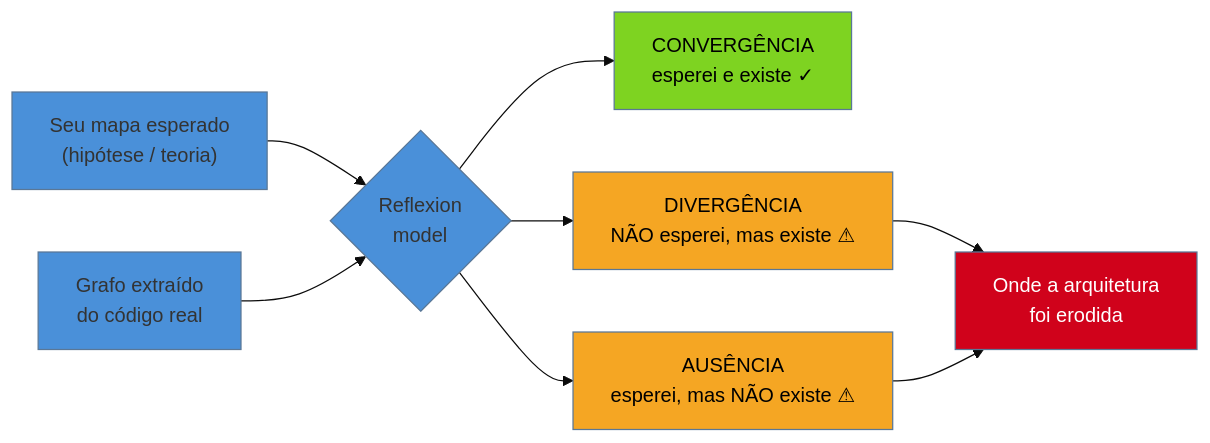
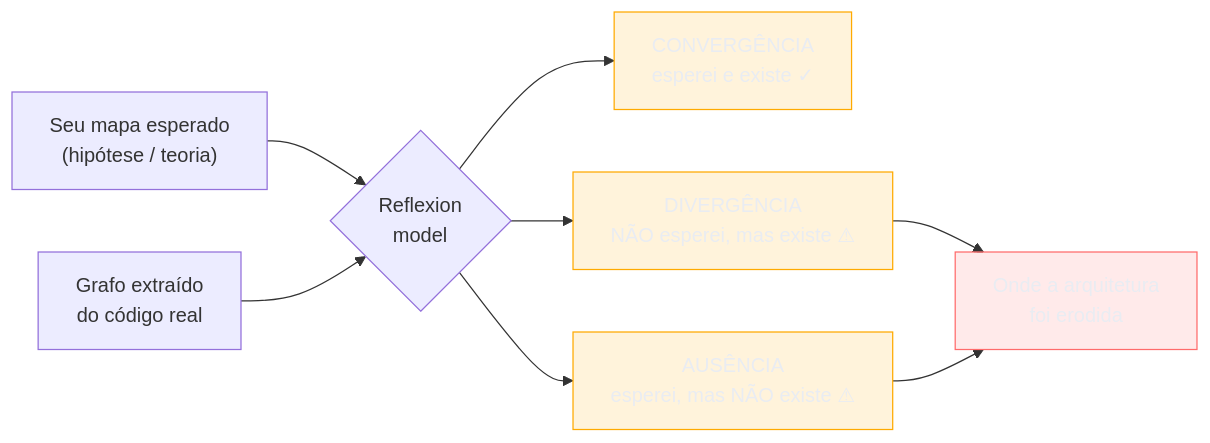
One commit to josenaldo/codex-technomanticus changed the first of 2 diagrams in 03-Dominios/Engenharia/Arqueologia e Restauração de Software/08 - Engenharia reversa e recuperação de arquitetura.md. Above: the diagram before and after it, drawn with Mermaid. The commit also changed other lines of this file and 1181 other files, not shown here.

First line of the commit message:
fix(diagramas): paleta do sistema no lugar de cor cravada no markdown

````diff
--- a/03-Dominios/Engenharia/Arqueologia e Restauração de Software/08 - Engenharia reversa e recuperação de arquitetura.md
+++ b/03-Dominios/Engenharia/Arqueologia e Restauração de Software/08 - Engenharia reversa e recuperação de arquitetura.md
@@ -54,15 +54,16 @@
 ```mermaid
-%%{init: {"theme": "base", "themeVariables": {"primaryColor": "#4A90D9"}}}%%
 graph LR
+    classDef destaque fill:#FFAA0024,stroke:#FFAA00,color:#E9ECF2
+    classDef falha fill:#FF6B6B24,stroke:#FF6B6B,color:#E9ECF2
     H["Seu mapa esperado<br/>(hipótese / teoria)"] --> C{"Reflexion<br/>model"}
     S["Grafo extraído<br/>do código real"] --> C
     C --> CV["CONVERGÊNCIA<br/>esperei e existe ✓"]
     C --> DV["DIVERGÊNCIA<br/>NÃO esperei, mas existe ⚠"]
     C --> AB["AUSÊNCIA<br/>esperei, mas NÃO existe ⚠"]
     DV --> R["Onde a arquitetura<br/>foi erodida"]
     AB --> R
-    style CV fill:#7ED321,color:#000
-    style DV fill:#F5A623,color:#000
-    style AB fill:#F5A623,color:#000
-    style R fill:#D0021B,color:#fff
+    class CV destaque
+    class DV destaque
+    class AB destaque
+    class R falha
 ```
````
